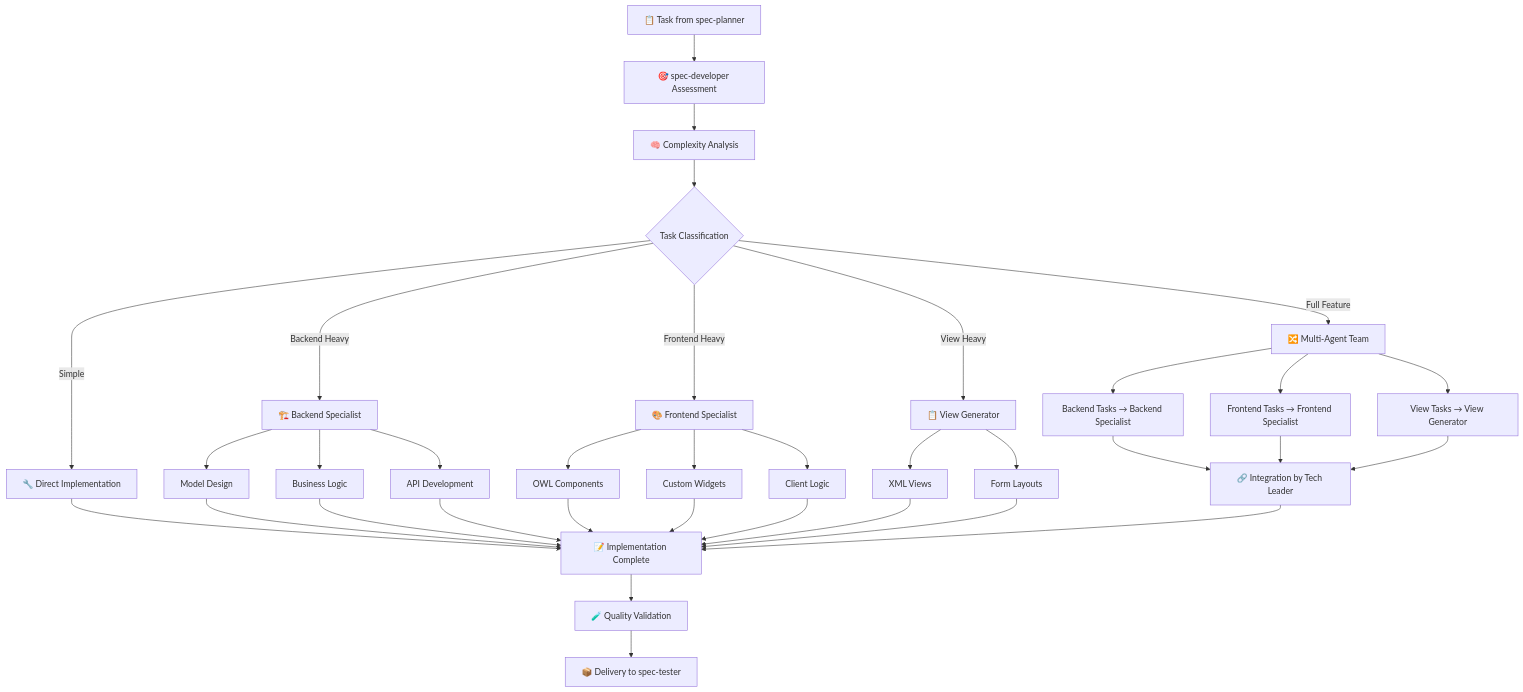
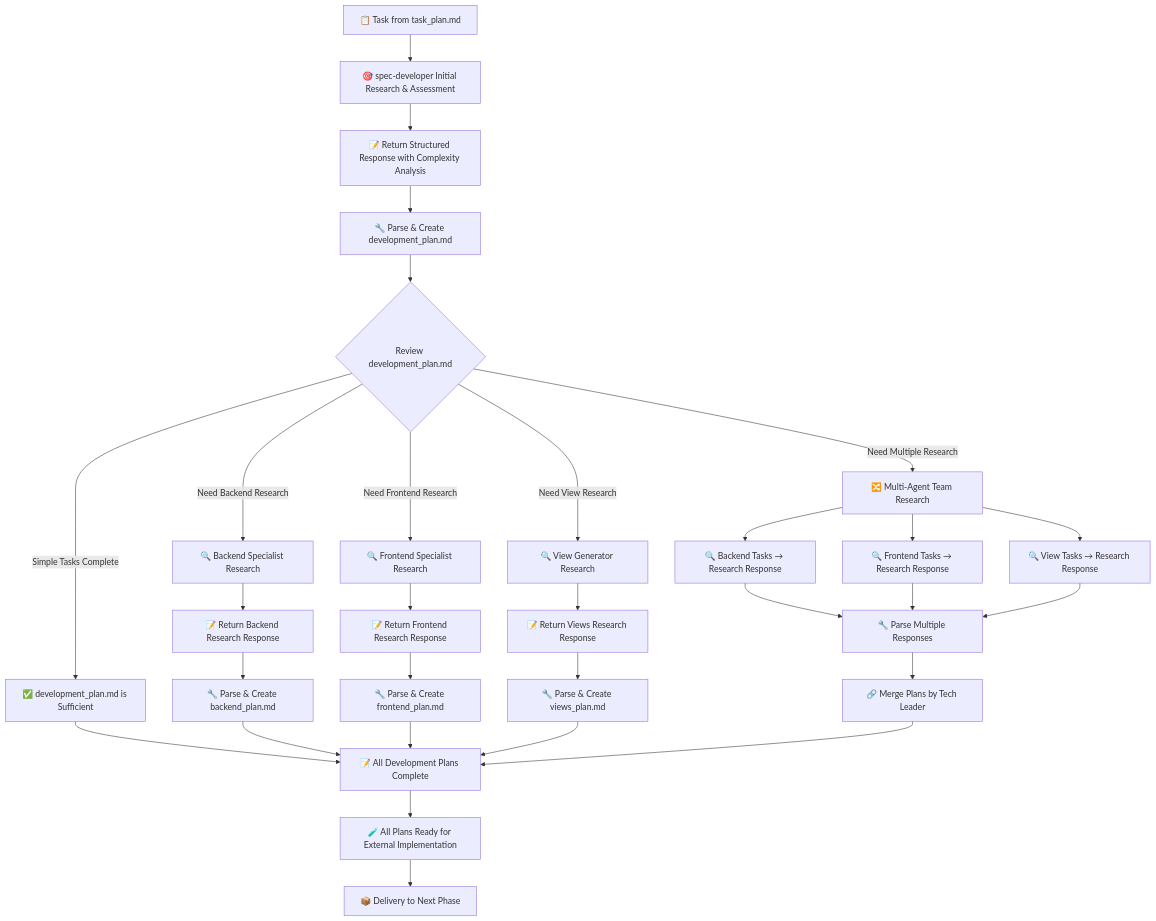
Before and after one commit to stanleykao72/claude-sub-agent: the eighth of 8 diagrams in agents/spec-agents/spec-orchestrator.md, drawn with Mermaid. The commit also changed other lines of this file and 15 other files, not shown here.

````diff
--- a/agents/spec-agents/spec-orchestrator.md
+++ b/agents/spec-agents/spec-orchestrator.md
@@ -514,44 +685,39 @@
 ```mermaid
 graph TB
-    A[📋 Task from spec-planner] --> B[🎯 spec-developer Assessment]
-    B --> C[🧠 Complexity Analysis]
+    A[📋 Task from task_plan.md] --> B[🎯 spec-developer Initial Research & Assessment]
+    B --> B1[📝 Return Structured Response with Complexity Analysis]
+    B1 --> B2[🔧 Parse & Create development_plan.md]
     
-    C --> D{Task Classification}
-    D -->|Simple| E[🔧 Direct Implementation]
-    D -->|Backend Heavy| F[🏗️ Backend Specialist]
-    D -->|Frontend Heavy| G[🎨 Frontend Specialist]
-    D -->|View Heavy| H[📋 View Generator]
-    D -->|Full Feature| I[🔀 Multi-Agent Team]
+    B2 --> C{Review development_plan.md}
+    C -->|Simple Tasks Complete| D[✅ development_plan.md is Sufficient]
+    C -->|Need Backend Research| E[🔍 Backend Specialist Research]
+    C -->|Need Frontend Research| F[🔍 Frontend Specialist Research]
+    C -->|Need View Research| G[🔍 View Generator Research]
+    C -->|Need Multiple Research| H[🔀 Multi-Agent Team Research]
     
-    E --> J[📝 Implementation Complete]
+    D --> I[📝 All Development Plans Complete]
     
-    F --> F1[Model Design]
-    F --> F2[Business Logic]
-    F --> F3[API Development]
-    F1 --> J
-    F2 --> J
-    F3 --> J
+    E --> E1[📝 Return Backend Research Response]
+    E1 --> E2[🔧 Parse & Create backend_plan.md]
+    E2 --> I
     
-    G --> G1[OWL Components]
-    G --> G2[Custom Widgets]
-    G --> G3[Client Logic]
-    G1 --> J
-    G2 --> J
-    G3 --> J
+    F --> F1[📝 Return Frontend Research Response]
+    F1 --> F2[🔧 Parse & Create frontend_plan.md]
+    F2 --> I
     
-    H --> H1[XML Views]
-    H --> H2[Form Layouts]
-    H1 --> J
-    H2 --> J
+    G --> G1[📝 Return Views Research Response]
+    G1 --> G2[🔧 Parse & Create views_plan.md]
+    G2 --> I
     
-    I --> I1[Backend Tasks → Backend Specialist]
-    I --> I2[Frontend Tasks → Frontend Specialist]
-    I --> I3[View Tasks → View Generator]
-    I1 --> K[🔗 Integration by Tech Leader]
-    I2 --> K
-    I3 --> K
-    K --> J
+    H --> H1[🔍 Backend Tasks → Research Response]
+    H --> H2[🔍 Frontend Tasks → Research Response]
+    H --> H3[🔍 View Tasks → Research Response]
+    H1 --> H4[🔧 Parse Multiple Responses]
+    H2 --> H4
+    H3 --> H4
+    H4 --> H5[🔗 Merge Plans by Tech Leader]
+    H5 --> I
     
-    J --> L[🧪 Quality Validation]
-    L --> M[📦 Delivery to spec-tester]
+    I --> J[🧪 All Plans Ready for External Implementation]
+    J --> K[📦 Delivery to Next Phase]
 ```
````
